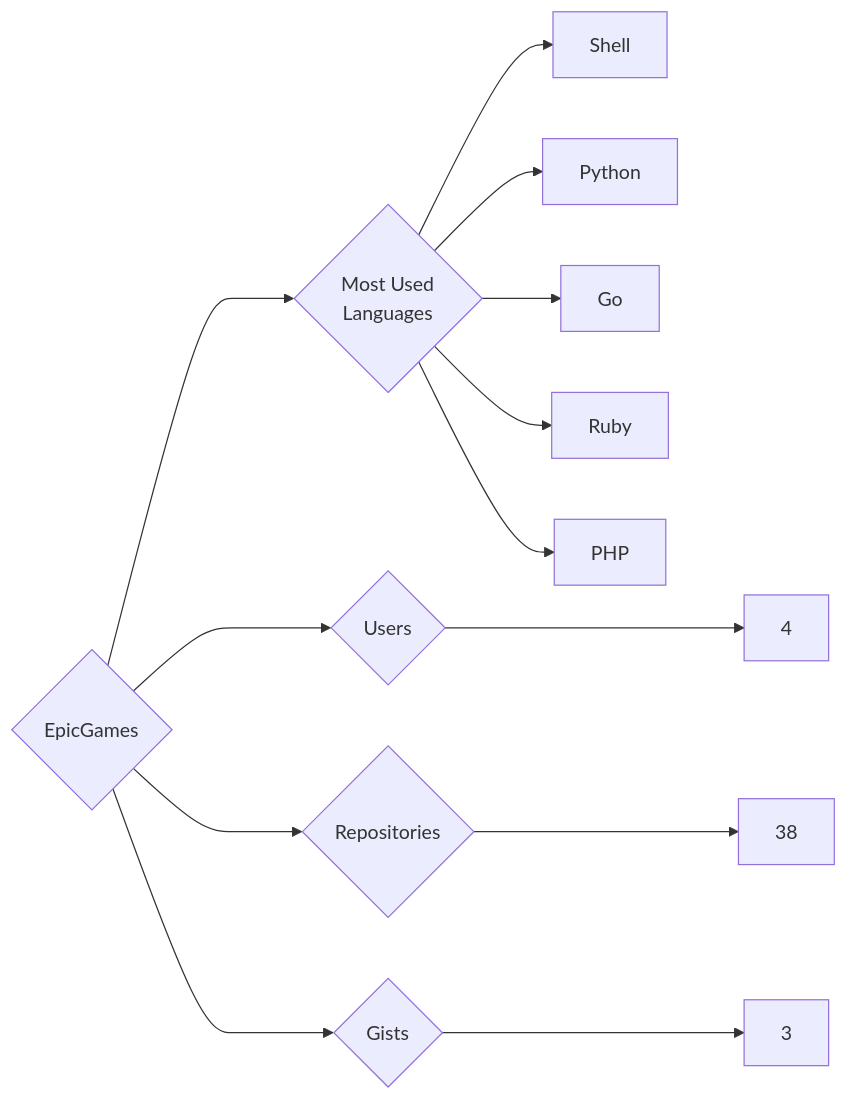
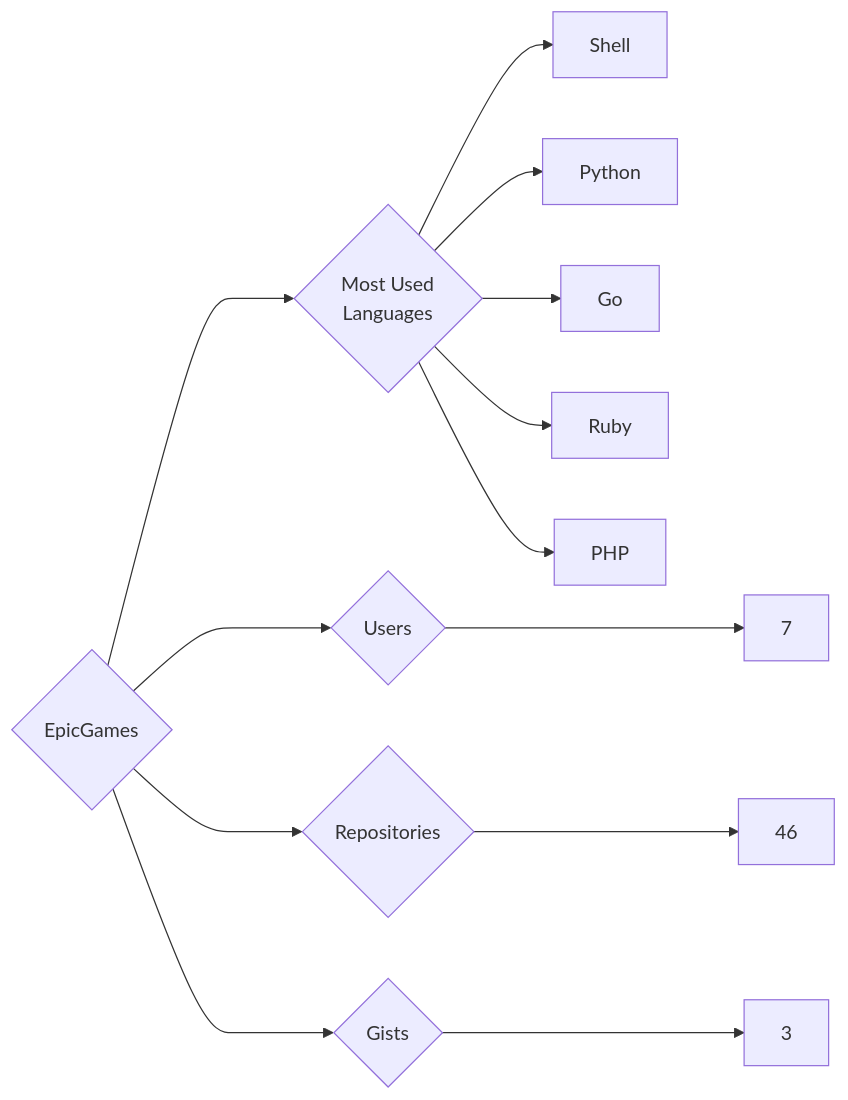
One commit to trickest/insiders changed the diagram in targets/EpicGames/README.md. Above: the diagram before and after it, drawn with Mermaid. The commit also changed 1055 other files, not shown here.

````diff
--- a/targets/EpicGames/README.md
+++ b/targets/EpicGames/README.md
@@ -3,13 +3,13 @@
 ```mermaid
 graph LR
 COMPANY_NAME{EpicGames}
-COMPANY_NAME ---> U{Users} ---> UN[4]
-COMPANY_NAME ---> R{Repositories} ---> RN[38]
+COMPANY_NAME ---> U{Users} ---> UN[7]
+COMPANY_NAME ---> R{Repositories} ---> RN[46]
 COMPANY_NAME ---> G{Gists} ---> GN[3]
 COMPANY_NAME ---> ML{Most Used<br>Languages}
 ML --> Shell[Shell]
 ML --> Python[Python]
 ML --> Go[Go]
 ML --> Ruby[Ruby]
 ML --> PHP[PHP]
 ```
````
